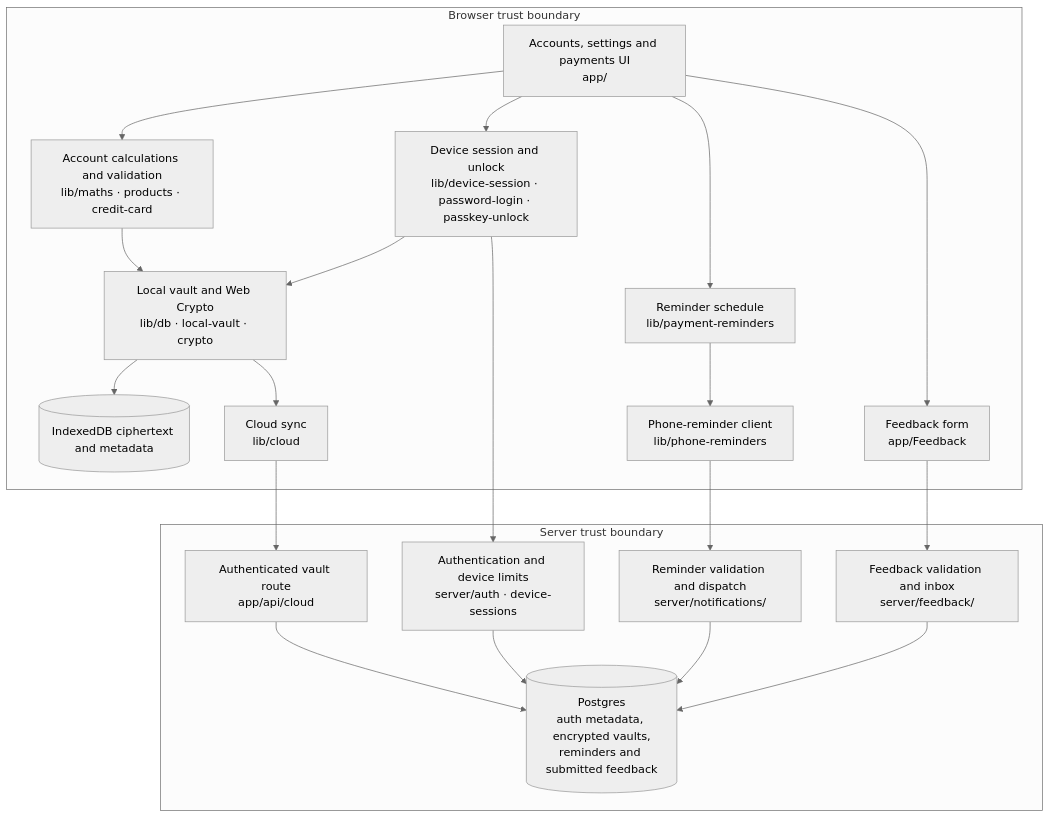
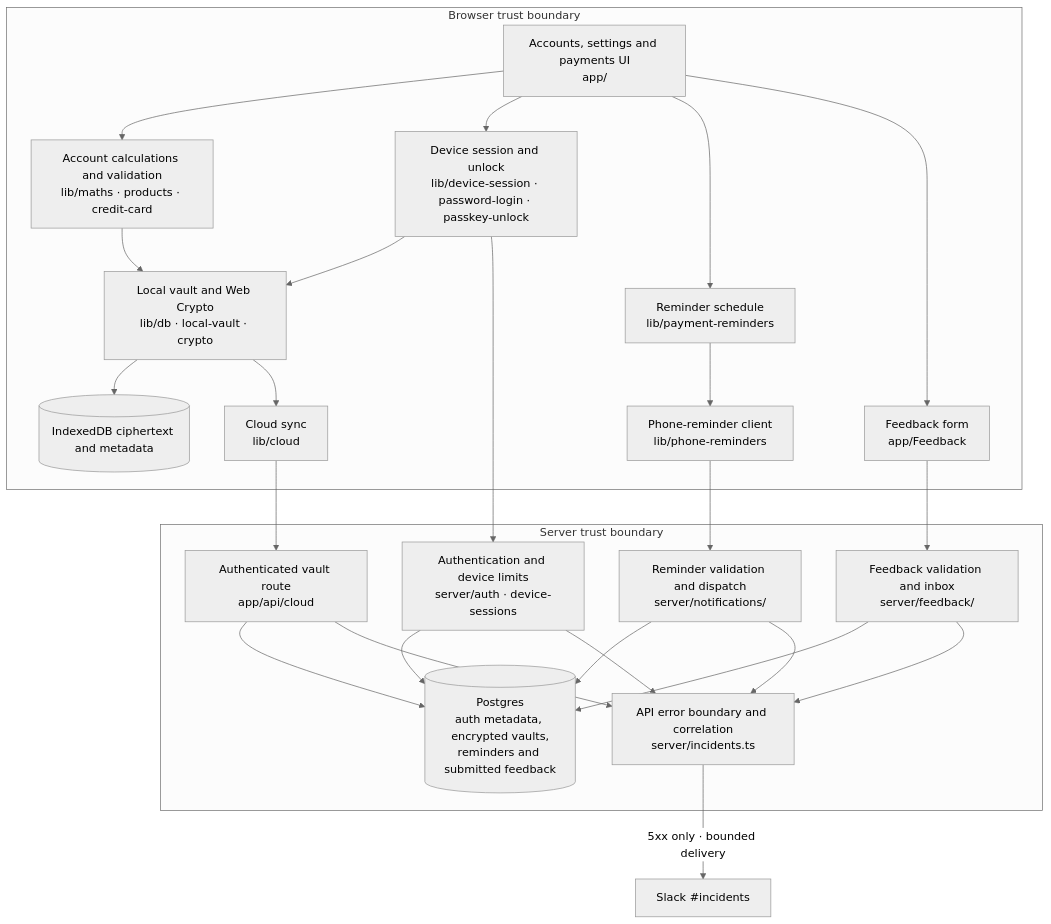
One commit to devcamos/drip changed the third of 3 diagrams in docs/architecture.md. Above: the diagram before and after it, drawn with Mermaid (neutral theme). The commit also changed other lines of this file and 15 other files, not shown here.

Commit message:
fix: report API 5xx incidents safely

````diff
--- a/docs/architecture.md
+++ b/docs/architecture.md
@@ -54,29 +62,35 @@
 ```mermaid
 flowchart TB
     subgraph Browser["Browser trust boundary"]
         View["Accounts, settings and payments UI<br/>app/"] --> Logic["Account calculations and validation<br/>lib/maths · products · credit-card"]
         View --> Session["Device session and unlock<br/>lib/device-session · password-login · passkey-unlock"]
         Session --> Vault["Local vault and Web Crypto<br/>lib/db · local-vault · crypto"]
         Logic --> Vault
         Vault --> Local[("IndexedDB ciphertext and metadata")]
         Vault --> Sync["Cloud sync<br/>lib/cloud"]
         View --> Schedule["Reminder schedule<br/>lib/payment-reminders"]
         View --> FeedbackUI["Feedback form<br/>app/Feedback"]
         Schedule --> Phone["Phone-reminder client<br/>lib/phone-reminders"]
     end
     subgraph Server["Server trust boundary"]
         Auth["Authentication and device limits<br/>server/auth · device-sessions"]
         API["Authenticated vault route<br/>app/api/cloud"]
         PushAPI["Reminder validation and dispatch<br/>server/notifications/"]
         FeedbackAPI["Feedback validation and inbox<br/>server/feedback/"]
+        ErrorBoundary["API error boundary and correlation<br/>server/incidents.ts"]
         DB[("Postgres<br/>auth metadata, encrypted vaults,<br/>reminders and submitted feedback")]
         Auth --> DB
         API --> DB
         PushAPI --> DB
         FeedbackAPI --> DB
+        Auth --> ErrorBoundary
+        API --> ErrorBoundary
+        PushAPI --> ErrorBoundary
+        FeedbackAPI --> ErrorBoundary
     end
     Session --> Auth
     Sync --> API
     Phone --> PushAPI
     FeedbackUI --> FeedbackAPI
+    ErrorBoundary -->|"5xx only · bounded delivery"| Slack["Slack #incidents"]
 ```
````
